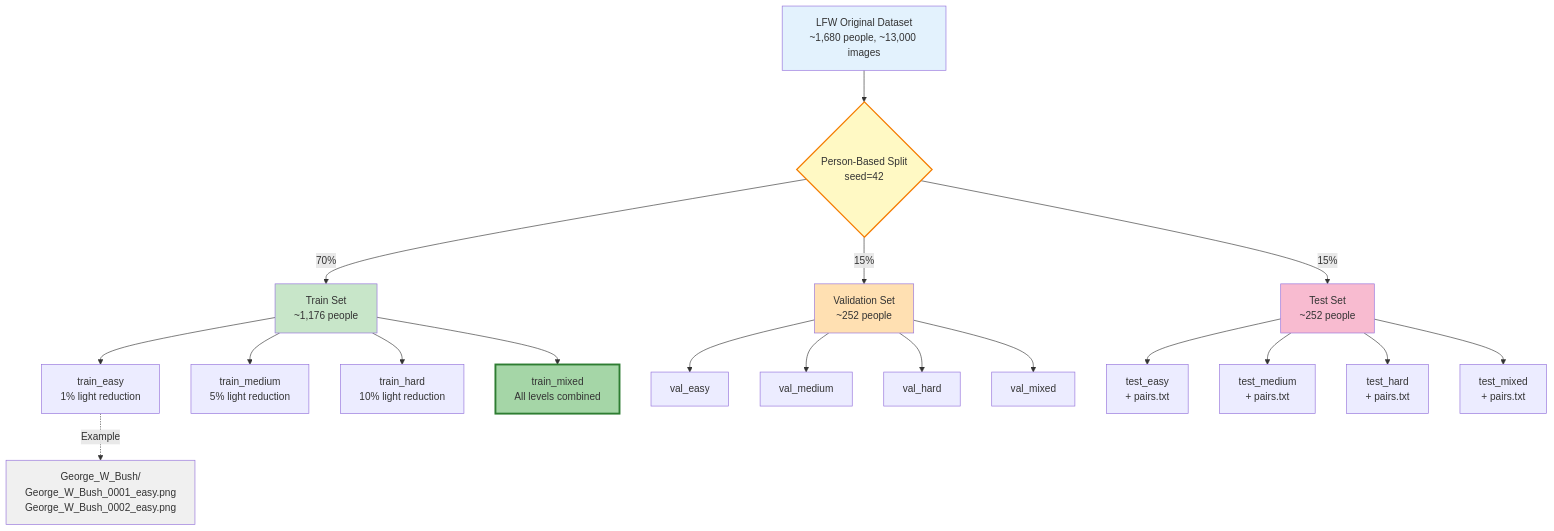
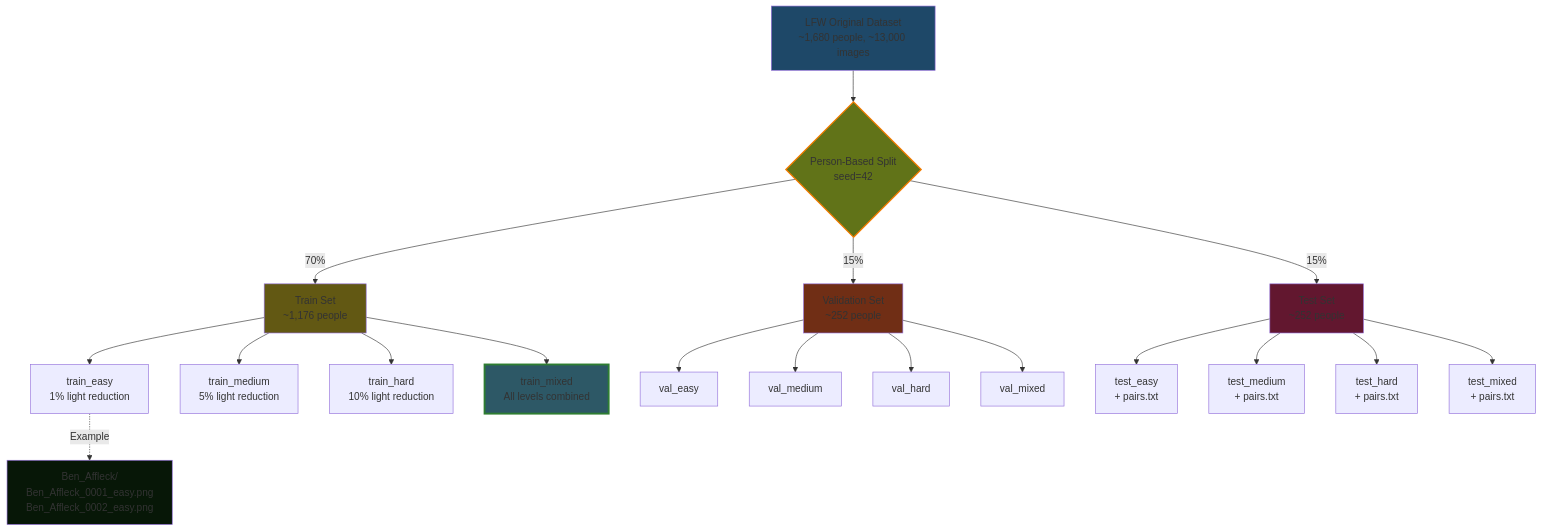
The diagram in figure3_data_splitting.mmd (jamal-uddin5823/HVI-CIDNet), drawn with Mermaid before and after one commit. The commit also changed 6 other files, not shown here.

```diff
--- a/figure3_data_splitting.mmd
+++ b/figure3_data_splitting.mmd
@@ -1,34 +1,34 @@
 graph TD
     A[LFW Original Dataset<br/>~1,680 people, ~13,000 images] --> B{Person-Based Split<br/>seed=42}
 
     B -->|70%| C[Train Set<br/>~1,176 people]
     B -->|15%| D[Validation Set<br/>~252 people]
     B -->|15%| E[Test Set<br/>~252 people]
 
     C --> C1[train_easy<br/>1% light reduction]
     C --> C2[train_medium<br/>5% light reduction]
     C --> C3[train_hard<br/>10% light reduction]
     C --> C4[train_mixed<br/>All levels combined]
 
     D --> D1[val_easy]
     D --> D2[val_medium]
     D --> D3[val_hard]
     D --> D4[val_mixed]
 
     E --> E1[test_easy<br/>+ pairs.txt]
     E --> E2[test_medium<br/>+ pairs.txt]
     E --> E3[test_hard<br/>+ pairs.txt]
     E --> E4[test_mixed<br/>+ pairs.txt]
 
-    C1 -.->|Example| F[George_W_Bush/<br/>George_W_Bush_0001_easy.png<br/>George_W_Bush_0002_easy.png]
+    C1 -.->|Example| F[Ben_Affleck/<br/>Ben_Affleck_0001_easy.png<br/>Ben_Affleck_0002_easy.png]
 
-    style A fill:#e3f2fd
-    style B fill:#fff9c4
-    style C fill:#c8e6c9
-    style D fill:#ffe0b2
-    style E fill:#f8bbd0
-    style C4 fill:#a5d6a7,stroke:#2e7d32,stroke-width:3px
-    style F fill:#f0f0f0
+    style A fill:#1e4868
+    style B fill:#617318
+    style C fill:#625813
+    style D fill:#702e15
+    style E fill:#62172f
+    style C4 fill:#2d5866,stroke:#2e7d32,stroke-width:3px
+    style F fill:#071707
 
     classDef keyFeature fill:#ffeb3b,stroke:#f57c00,stroke-width:2px
     class B keyFeature
```
